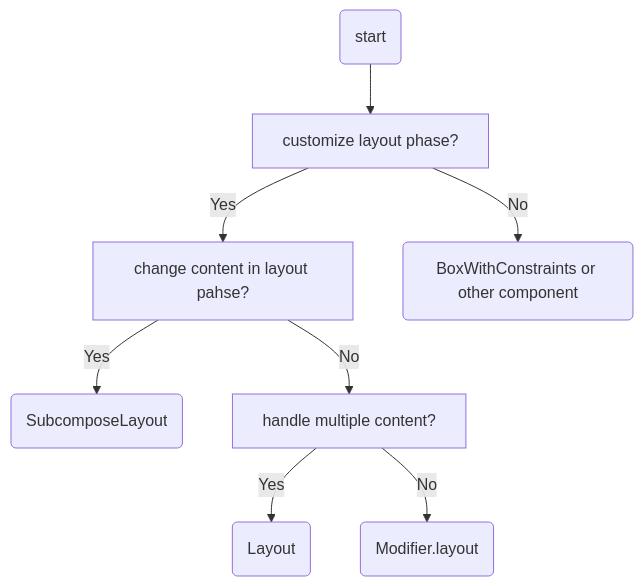
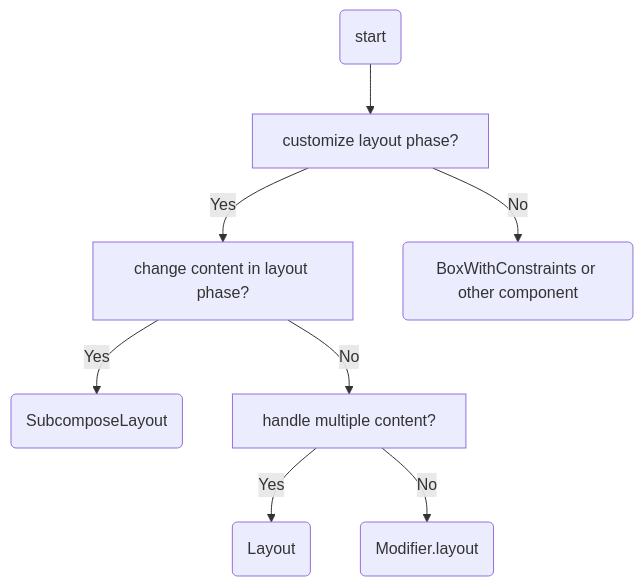
Before and after one commit to sasasaiki/slidev_droidkaigi2024: the first of 2 diagrams in dkaigi2024_customLayout/slides.md, drawn with Mermaid. The commit also changed other lines of this file, not shown here.

````diff
--- a/dkaigi2024_customLayout/slides.md
+++ b/dkaigi2024_customLayout/slides.md
@@ -573,10 +573,10 @@
 ```mermaid {scale: 0.9}
 graph TD
 B(start) --> C[customize layout phase?]
-C -->|Yes| E[change content in layout pahse?]
+C -->|Yes| E[change content in layout phase?]
 C -->|No| D(BoxWithConstraints or other component)
 E -->|Yes| F(SubcomposeLayout)
 E -->|No| G[handle multiple content?]
 G -->|Yes| I(Layout)
 G -->|No| H(Modifier.layout)
 ```
````
